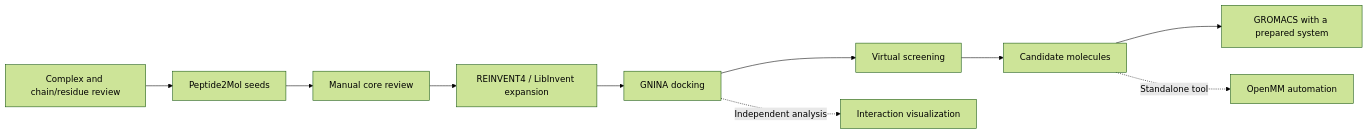
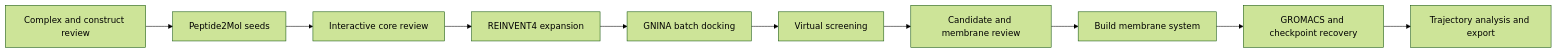
The diagram in README.md (lzylumos-sudo/yuanhe-bio-workflow), drawn with Mermaid (forest theme) before and after one commit. The commit also changed other lines of this file and 201 other files, not shown here.

````diff
--- a/README.md
+++ b/README.md
@@ -11,12 +7,12 @@
 ```mermaid
 flowchart LR
- A[Complex and chain/residue review] --> B[Peptide2Mol seeds]
- B --> C[Manual core review]
- C --> D[REINVENT4 / LibInvent expansion]
- D --> E[GNINA docking]
+ A[Complex and construct review] --> B[Peptide2Mol seeds]
+ B --> C[Interactive core review]
+ C --> D[REINVENT4 expansion]
+ D --> E[GNINA batch docking]
  E --> F[Virtual screening]
- F --> G[Candidate molecules]
- G --> H[GROMACS with a prepared system]
- E -.Independent analysis.-> I[Interaction visualization]
- G -.Standalone tool.-> J[OpenMM automation]
+ F --> G[Candidate and membrane review]
+ G --> H[Build membrane system]
+ H --> I[GROMACS and checkpoint recovery]
+ I --> J[Trajectory analysis and export]
 ```
````
